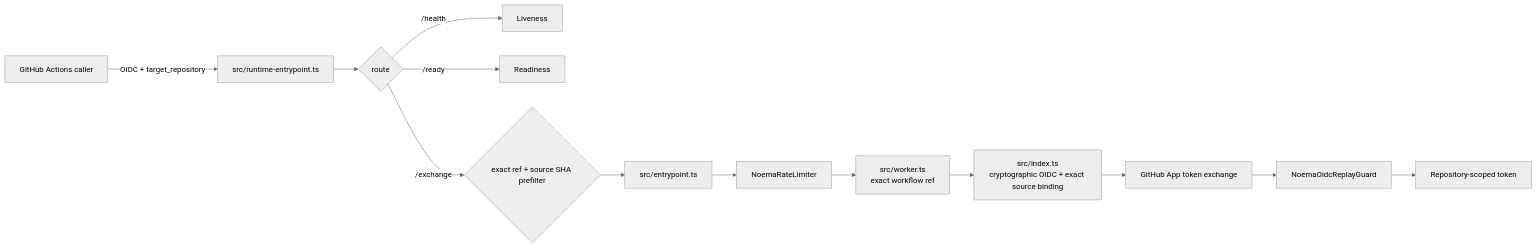
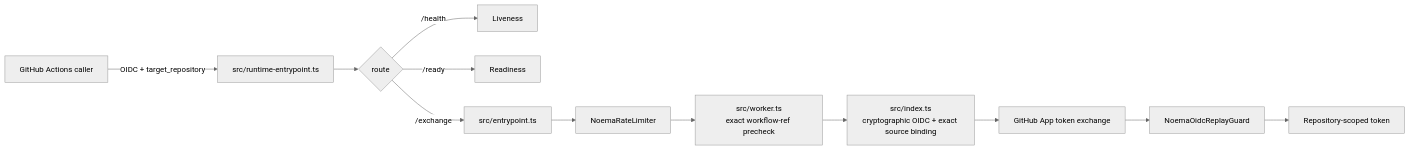
One commit to ContextualWisdomLab/noema changed the diagram in ARCHITECTURE.md. Above: the diagram before and after it, drawn with Mermaid (neutral theme). The commit also changed other lines of this file, not shown here.

Commit message:
docs(architecture): match current exchange trust layering

````diff
--- a/ARCHITECTURE.md
+++ b/ARCHITECTURE.md
@@ -39,15 +39,14 @@
 ```mermaid
 flowchart LR
   A[GitHub Actions caller] -->|OIDC + target_repository| B[src/runtime-entrypoint.ts]
   B --> C{route}
   C -->|/health| H[Liveness]
   C -->|/ready| R[Readiness]
-  C -->|/exchange| S{exact ref + source SHA prefilter}
-  S --> E[src/entrypoint.ts]
+  C -->|/exchange| E[src/entrypoint.ts]
   E --> L[NoemaRateLimiter]
-  L --> W[src/worker.ts\nexact workflow ref]
+  L --> W[src/worker.ts\nexact workflow-ref precheck]
   W --> O[src/index.ts\ncryptographic OIDC + exact source binding]
   O --> G[GitHub App token exchange]
   G --> P[NoemaOidcReplayGuard]
   P --> T[Repository-scoped token]
 ```
````
